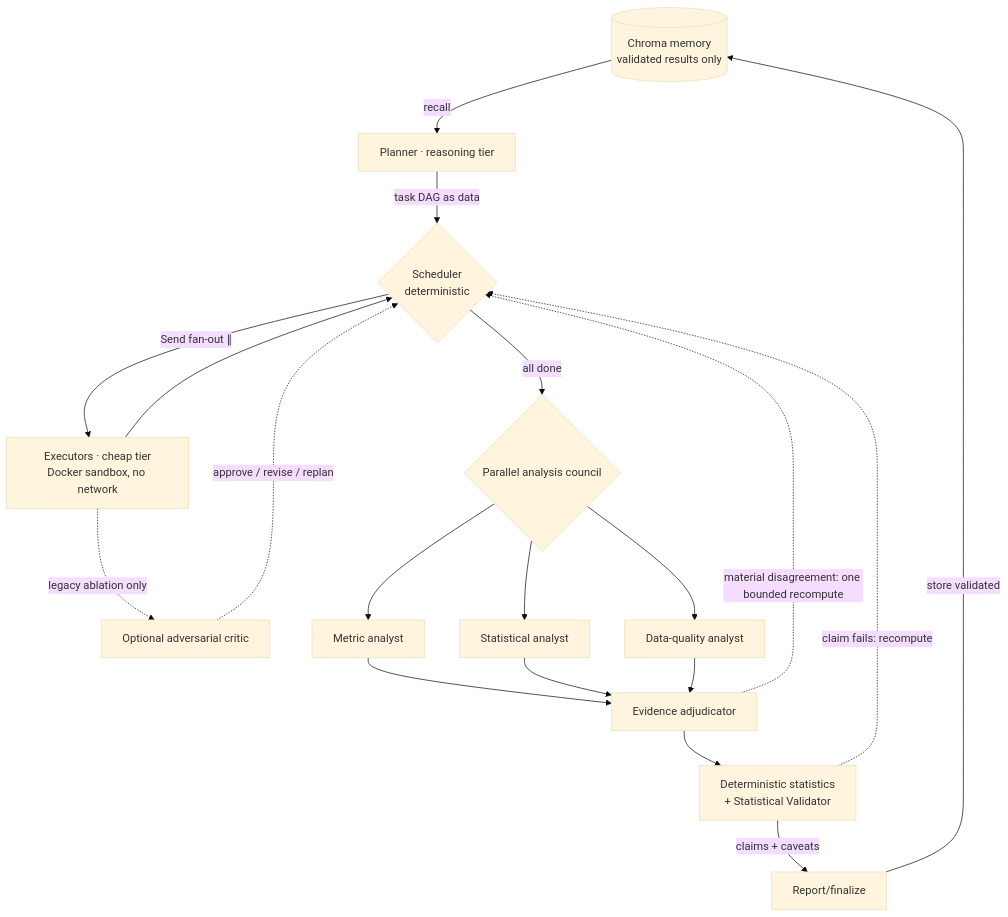
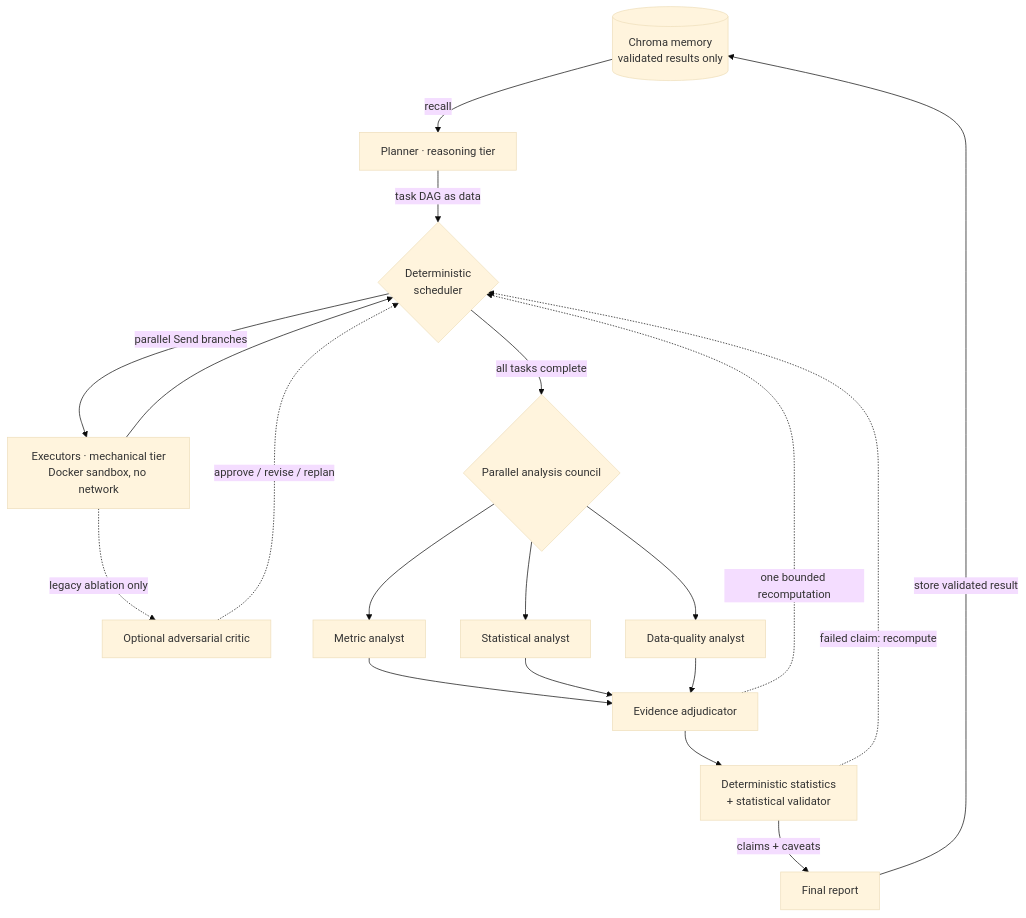
The diagram in README.md (bilnguyyenn/multi-agent-data-analyst), drawn with Mermaid (base theme) before and after one commit. The commit also changed other lines of this file, not shown here.

````diff
--- a/README.md
+++ b/README.md
@@ -40,21 +33,21 @@
 ```mermaid
 flowchart TD
     M[(Chroma memory\nvalidated results only)] -->|recall| P[Planner · reasoning tier]
-    P -->|task DAG as data| S{Scheduler\ndeterministic}
-    S -->|Send fan-out ∥| E[Executors · cheap tier\nDocker sandbox, no network]
+    P -->|task DAG as data| S{Deterministic\nscheduler}
+    S -->|parallel Send branches| E[Executors · mechanical tier\nDocker sandbox, no network]
     E --> S
     E -.->|legacy ablation only| C[Optional adversarial critic]
     C -.->|approve / revise / replan| S
-    S -->|all done| AC{Parallel analysis council}
+    S -->|all tasks complete| AC{Parallel analysis council}
     AC --> MA[Metric analyst]
     AC --> SA[Statistical analyst]
     AC --> DQ[Data-quality analyst]
     MA --> A[Evidence adjudicator]
     SA --> A
     DQ --> A
-    A -.->|material disagreement: one bounded recompute| S
-    A --> V[Deterministic statistics\n+ Statistical Validator]
-    V -.->|claim fails: recompute| S
-    V -->|claims + caveats| R[Report/finalize]
-    R -->|store validated| M
+    A -.->|one bounded recomputation| S
+    A --> V[Deterministic statistics\n+ statistical validator]
+    V -.->|failed claim: recompute| S
+    V -->|claims + caveats| R[Final report]
+    R -->|store validated result| M
 ```
````
